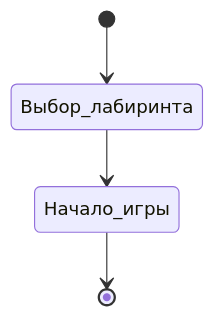
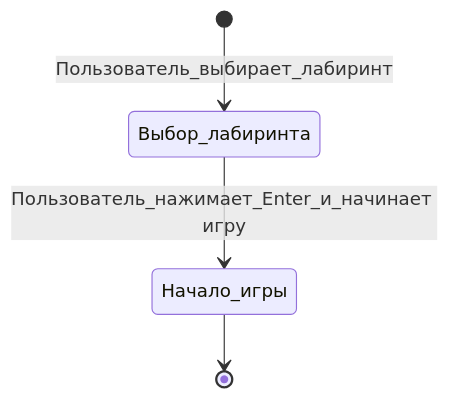
The sixth of 7 diagrams in docs/functions.md (ArinaTolpa/Lab1.2), drawn with Mermaid before and after one commit. The commit also changed other lines of this file, not shown here.

````diff
--- a/docs/functions.md
+++ b/docs/functions.md
@@ -75,6 +75,6 @@
 ```mermaid
 stateDiagram
-    [*] --> Выбор_лабиринта
-    Выбор_лабиринта --> Начало_игры
+    [*] --> Выбор_лабиринта: Пользователь_выбирает_лабиринт
+    Выбор_лабиринта --> Начало_игры: Пользователь_нажимает_Enter_и_начинает игру
     Начало_игры --> [*] 
 ```
````
